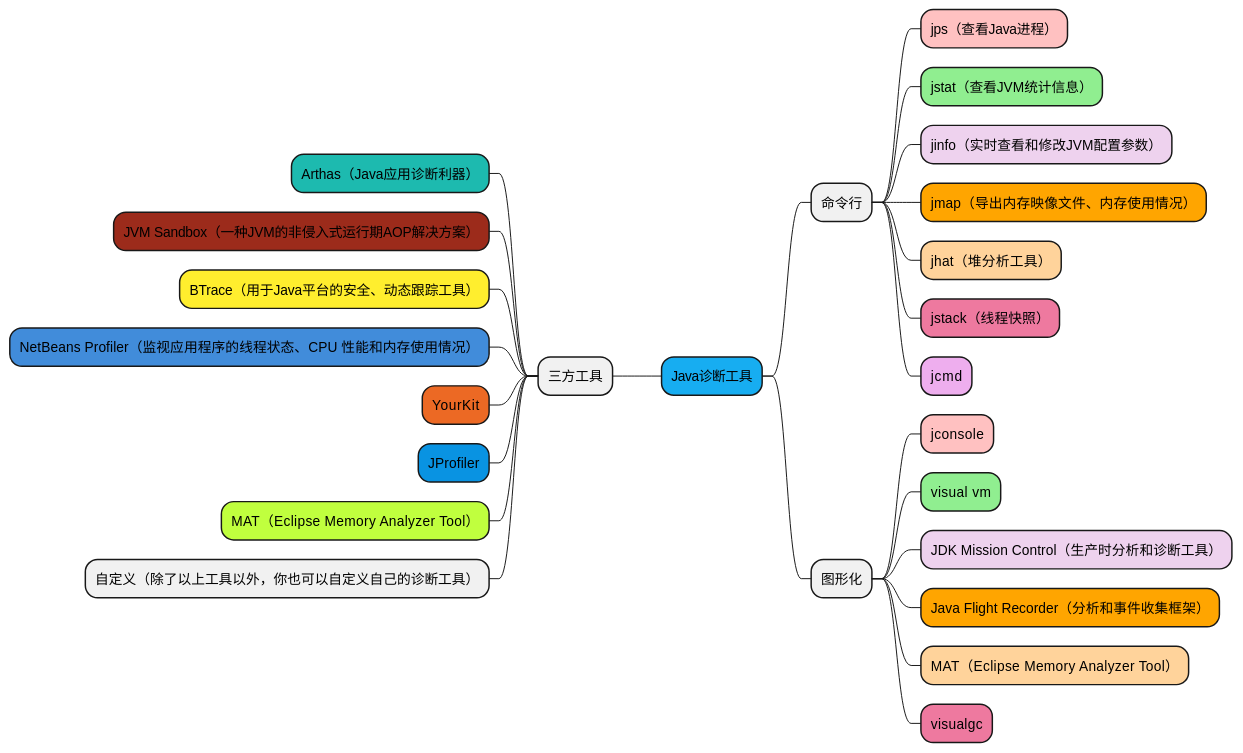
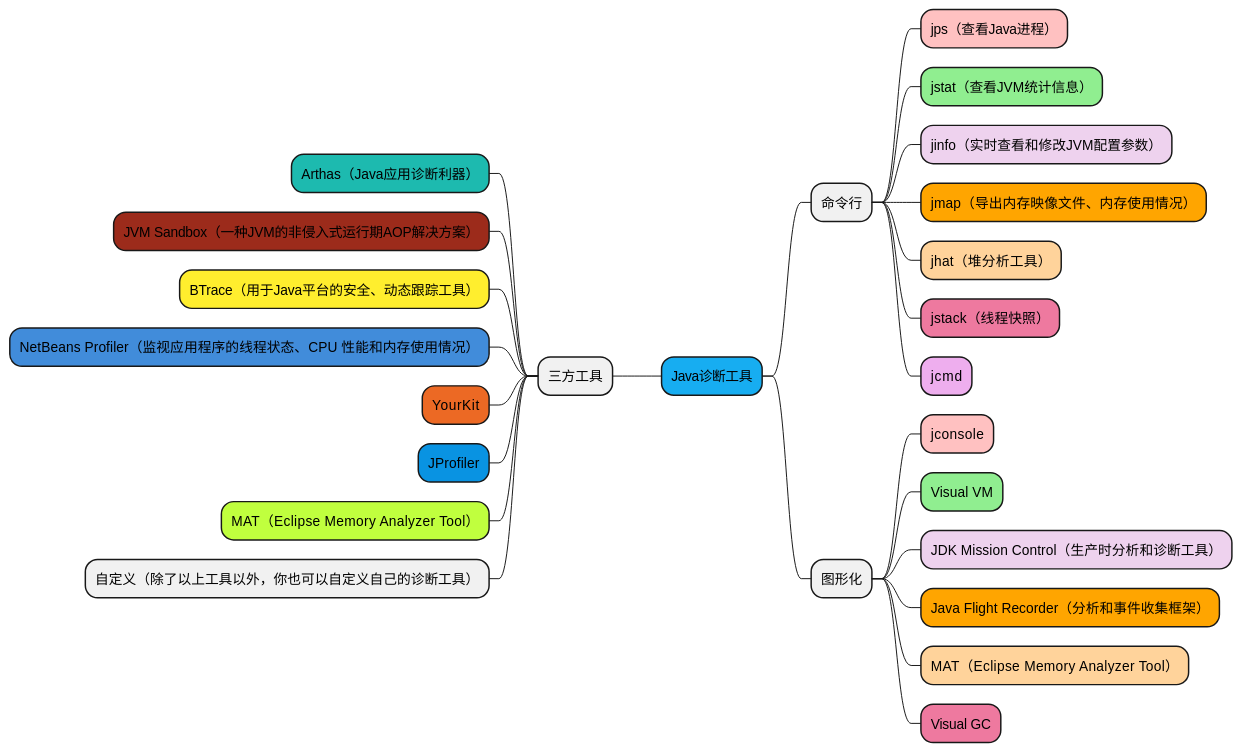
The diagram in docs/java/tools/overview.md (youngledo/java-guide), drawn with PlantUML before and after one commit. The commit also changed 3 other files, not shown here.

````diff
--- a/docs/java/tools/overview.md
+++ b/docs/java/tools/overview.md
@@ -20,29 +20,29 @@
 ```plantuml
 @startmindmap
 +[#17ADF1] Java诊断工具
 ++ 命令行
 +++[#FFC1C1] jps（查看Java进程）
 +++[#90EE90] jstat（查看JVM统计信息）
 +++[#EED2EE] jinfo（实时查看和修改JVM配置参数）
 +++[#FFA500] jmap（导出内存映像文件、内存使用情况）
 +++[#FFD39B] jhat（堆分析工具）
 +++[#EE799F] jstack（线程快照）
 +++[#EEAEEE] jcmd
 ++ 图形化
 +++[#FFC1C1] jconsole
-+++[#90EE90] visual vm
++++[#90EE90] Visual VM
 +++[#EED2EE] JDK Mission Control（生产时分析和诊断工具）
 +++[#FFA500] Java Flight Recorder（分析和事件收集框架）
 +++[#FFD39B] MAT（Eclipse Memory Analyzer Tool）
-+++[#EE799F] visualgc
++++[#EE799F] Visual GC
 -- 三方工具
 ---[#1DBAAF] Arthas（Java应用诊断利器）
 ---[#9C2B1B] JVM Sandbox（一种JVM的非侵入式运行期AOP解决方案）
 ---[#FFEE2E] BTrace（用于Java平台的安全、动态跟踪工具）
 ---[#418CDA] NetBeans Profiler（监视应用程序的线程状态、CPU 性能和内存使用情况）
 ---[#EC6924] YourKit
 ---[#0993E2] JProfiler
 ---[#C0FF3E] MAT（Eclipse Memory Analyzer Tool）
 --- 自定义（除了以上工具以外，你也可以自定义自己的诊断工具）
 @endmindmap
 ```
````
